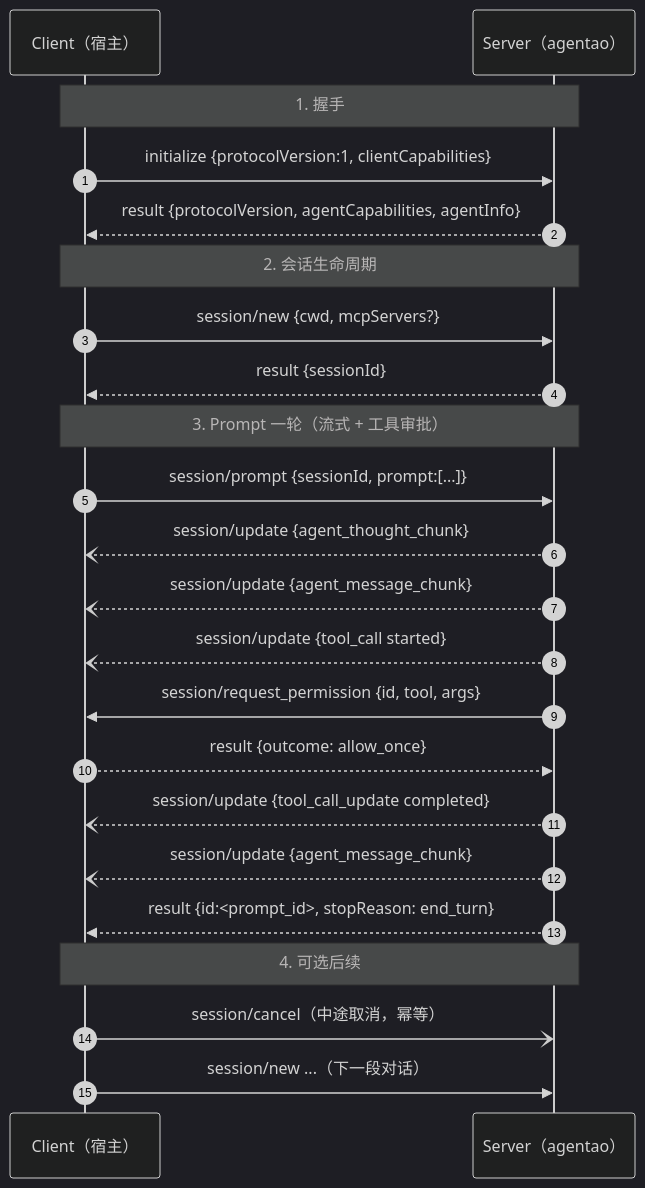
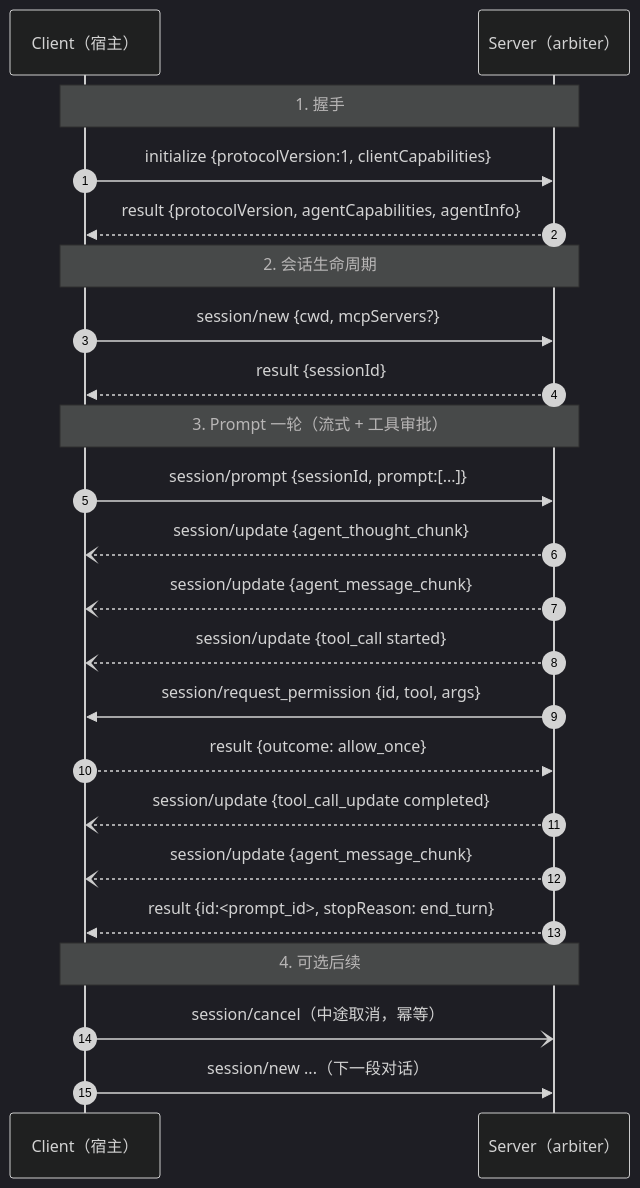
Before and after one commit to LEPZHANG/agentruntime: the diagram in developer-guide/zh/part-3/1-acp-tour.md, drawn with Mermaid (dark theme). The commit also changed other lines of this file and 1169 other files, not shown here.

````diff
--- a/developer-guide/zh/part-3/1-acp-tour.md
+++ b/developer-guide/zh/part-3/1-acp-tour.md
@@ -130,29 +130,29 @@
 ```mermaid
 sequenceDiagram
     autonumber
     participant C as Client（宿主）
-    participant S as Server（agentao）
+    participant S as Server（arbiter）
 
     Note over C,S: 1. 握手
     C->>S: initialize {protocolVersion:1, clientCapabilities}
     S-->>C: result {protocolVersion, agentCapabilities, agentInfo}
 
     Note over C,S: 2. 会话生命周期
     C->>S: session/new {cwd, mcpServers?}
     S-->>C: result {sessionId}
 
     Note over C,S: 3. Prompt 一轮（流式 + 工具审批）
     C->>S: session/prompt {sessionId, prompt:[...]}
     S--)C: session/update {agent_thought_chunk}
     S--)C: session/update {agent_message_chunk}
     S--)C: session/update {tool_call started}
     S->>C: session/request_permission {id, tool, args}
     C-->>S: result {outcome: allow_once}
     S--)C: session/update {tool_call_update completed}
     S--)C: session/update {agent_message_chunk}
     S-->>C: result {id:<prompt_id>, stopReason: end_turn}
 
     Note over C,S: 4. 可选后续
     C-)S: session/cancel（中途取消，幂等）
     C->>S: session/new ...（下一段对话）
 ```
````
